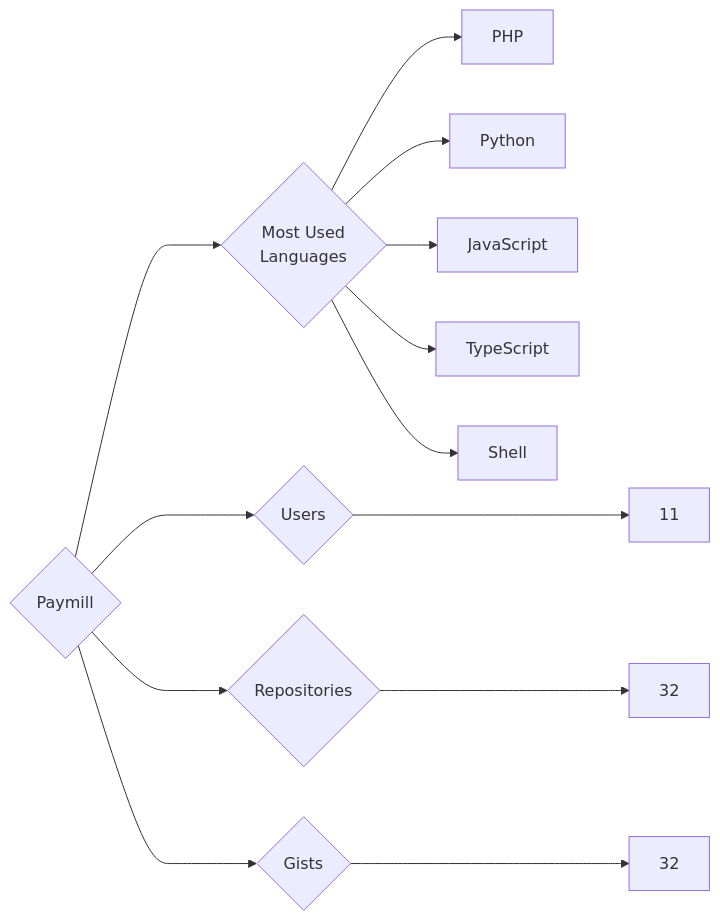
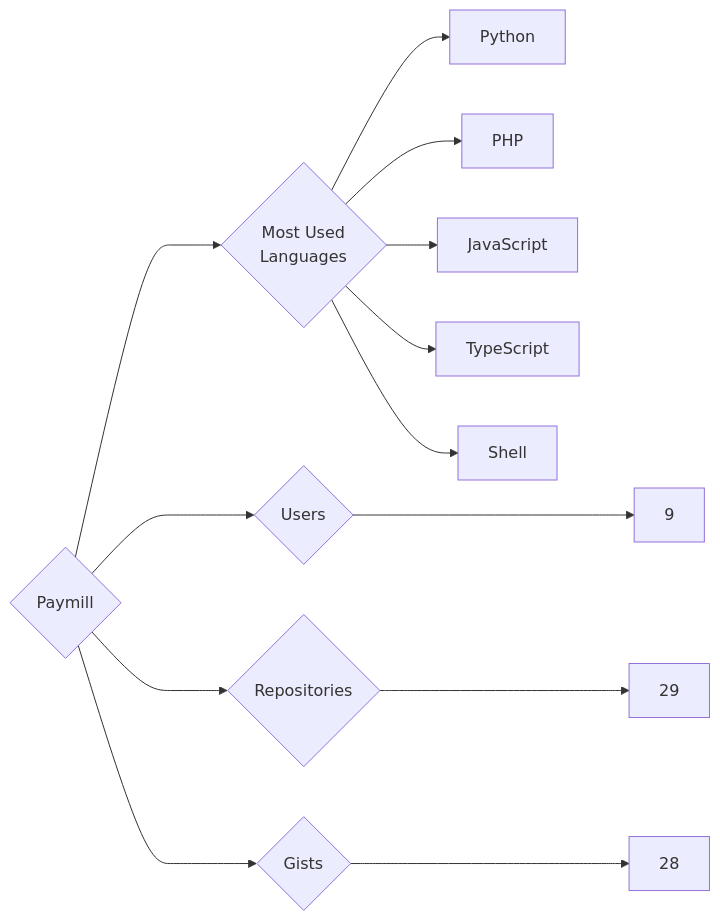
The diagram in targets/Paymill/README.md (trickest/insiders), drawn with Mermaid before and after one commit. The commit also changed 1479 other files, not shown here.

````diff
--- a/targets/Paymill/README.md
+++ b/targets/Paymill/README.md
@@ -3,13 +3,13 @@
 ```mermaid
 graph LR
 COMPANY_NAME{Paymill}
-COMPANY_NAME ---> U{Users} ---> UN[11]
-COMPANY_NAME ---> R{Repositories} ---> RN[32]
-COMPANY_NAME ---> G{Gists} ---> GN[32]
+COMPANY_NAME ---> U{Users} ---> UN[9]
+COMPANY_NAME ---> R{Repositories} ---> RN[29]
+COMPANY_NAME ---> G{Gists} ---> GN[28]
 COMPANY_NAME ---> ML{Most Used<br>Languages}
+ML --> Python[Python]
 ML --> PHP[PHP]
-ML --> Python[Python]
 ML --> JavaScript[JavaScript]
 ML --> TypeScript[TypeScript]
 ML --> Shell[Shell]
 ```
````
